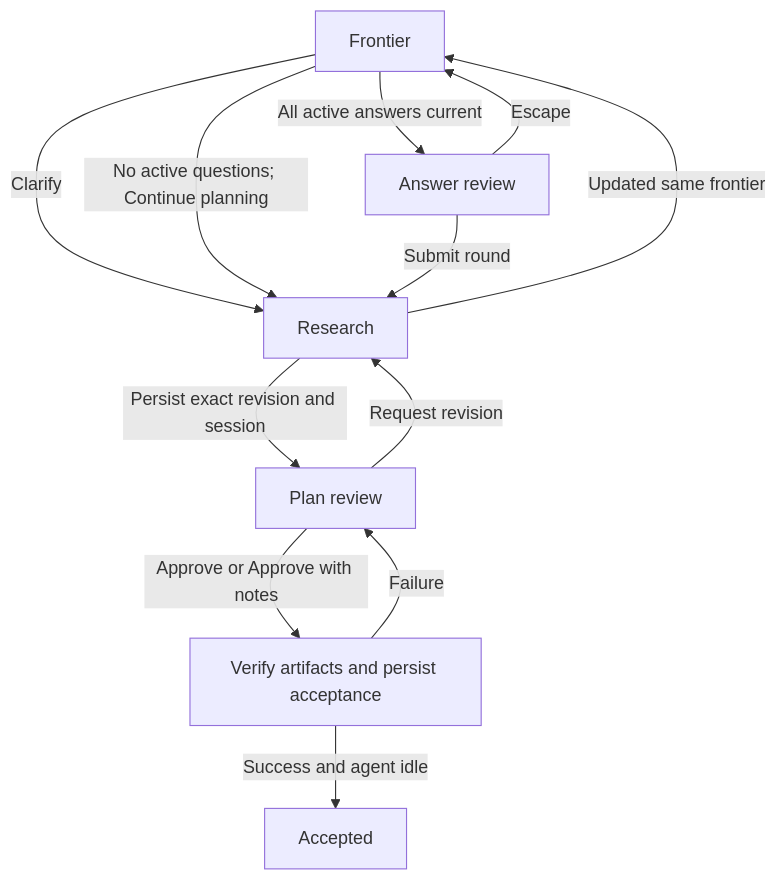
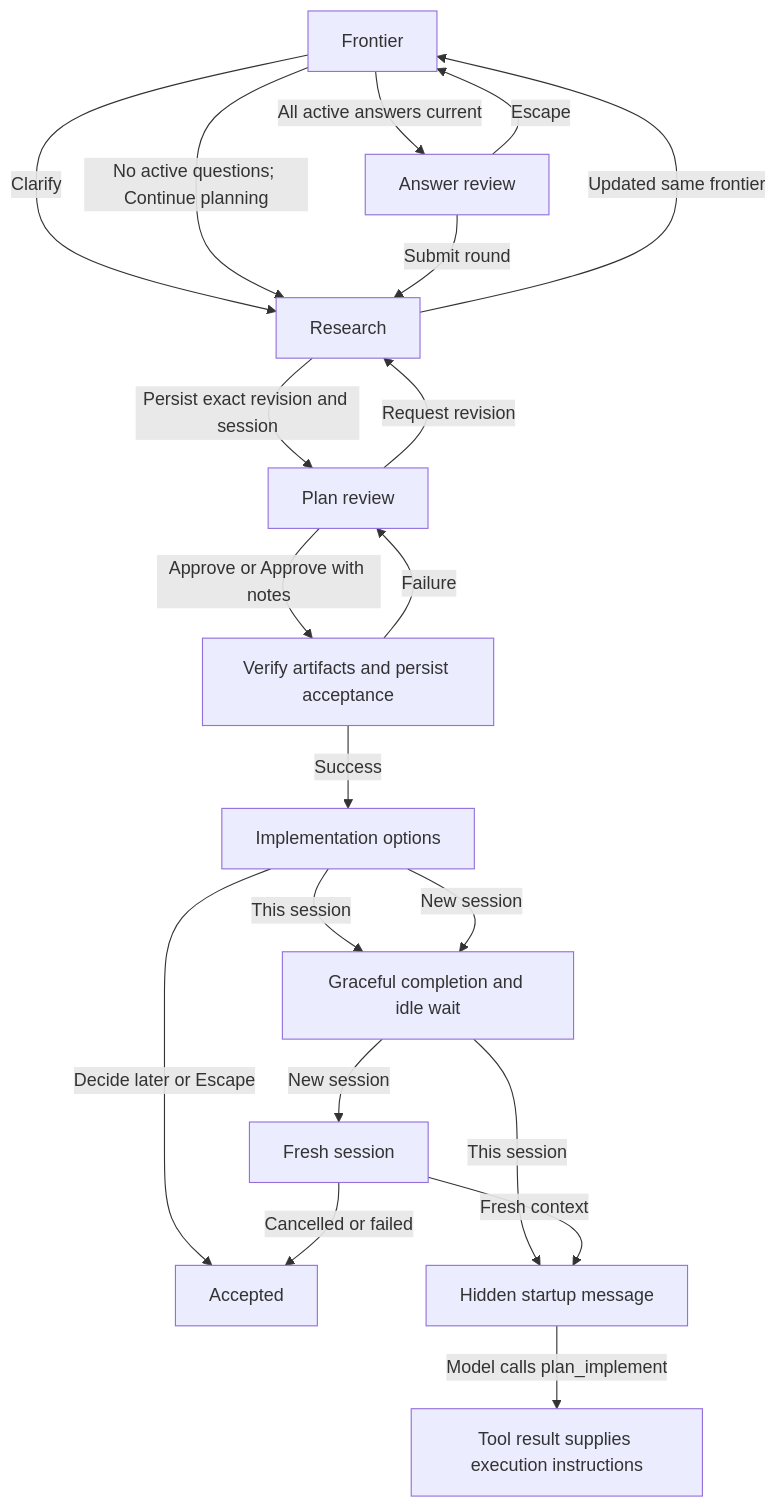
The first of 3 diagrams in packages/plan/docs/tui-interactions.md (kvnxiao/orbis), drawn with Mermaid before and after one commit. The commit also changed other lines of this file and 41 other files, not shown here.

Commit message:
feat(plan): add graceful completion, implementation handoff, and recovery (#1)

````diff
--- a/packages/plan/docs/tui-interactions.md
+++ b/packages/plan/docs/tui-interactions.md
@@ -218,14 +264,22 @@
 ```mermaid
 flowchart TD
   Frontier -->|Clarify| Research
   Research -->|Updated same frontier| Frontier
   Frontier -->|All active answers current| Answers[Answer review]
   Frontier -->|No active questions; Continue planning| Research
   Answers -->|Escape| Frontier
   Answers -->|Submit round| Research
   Research -->|Persist exact revision and session| Review[Plan review]
   Review -->|Request revision| Research
   Review -->|Approve or Approve with notes| Save[Verify artifacts and persist acceptance]
   Save -->|Failure| Review
-  Save -->|Success and agent idle| Accepted
+  Save -->|Success| Options[Implementation options]
+  Options -->|Decide later or Escape| Accepted
+  Options -->|This session| Idle[Graceful completion and idle wait]
+  Options -->|New session| Idle
+  Idle -->|This session| Startup[Hidden startup message]
+  Idle -->|New session| Replace[Fresh session]
+  Replace -->|Fresh context| Startup
+  Startup -->|Model calls plan_implement| Implement[Tool result supplies execution instructions]
+  Replace -->|Cancelled or failed| Accepted
 ```
````
